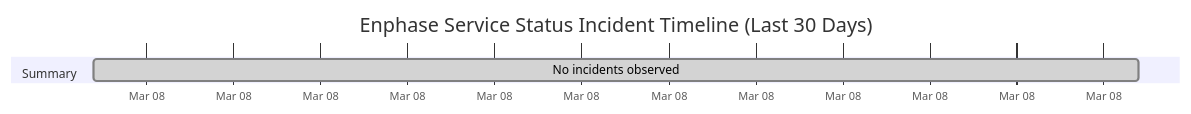
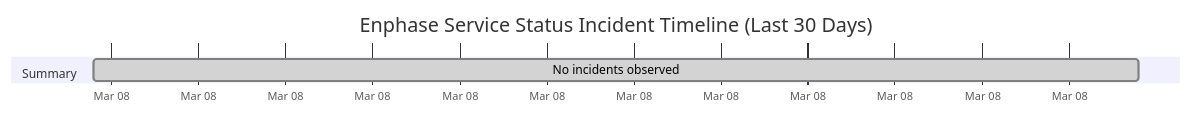
Before and after one commit to barneyonline/ha-enphase-ev-charger: the diagram in wiki/Service-Status-History.md, drawn with Mermaid. The commit also changed other lines of this file and 3 other files, not shown here.

````diff
--- a/wiki/Service-Status-History.md
+++ b/wiki/Service-Status-History.md
@@ -14,8 +14,8 @@
 ```mermaid
 gantt
     title Enphase Service Status Incident Timeline (Last 30 Days)
     dateFormat  YYYY-MM-DDTHH:mm:ss
     axisFormat  %b %d
     section Summary
-    No incidents observed :done, 2026-03-08T19:17:17, 1m
+    No incidents observed :done, 2026-03-08T20:15:39, 1m
 ```
````
